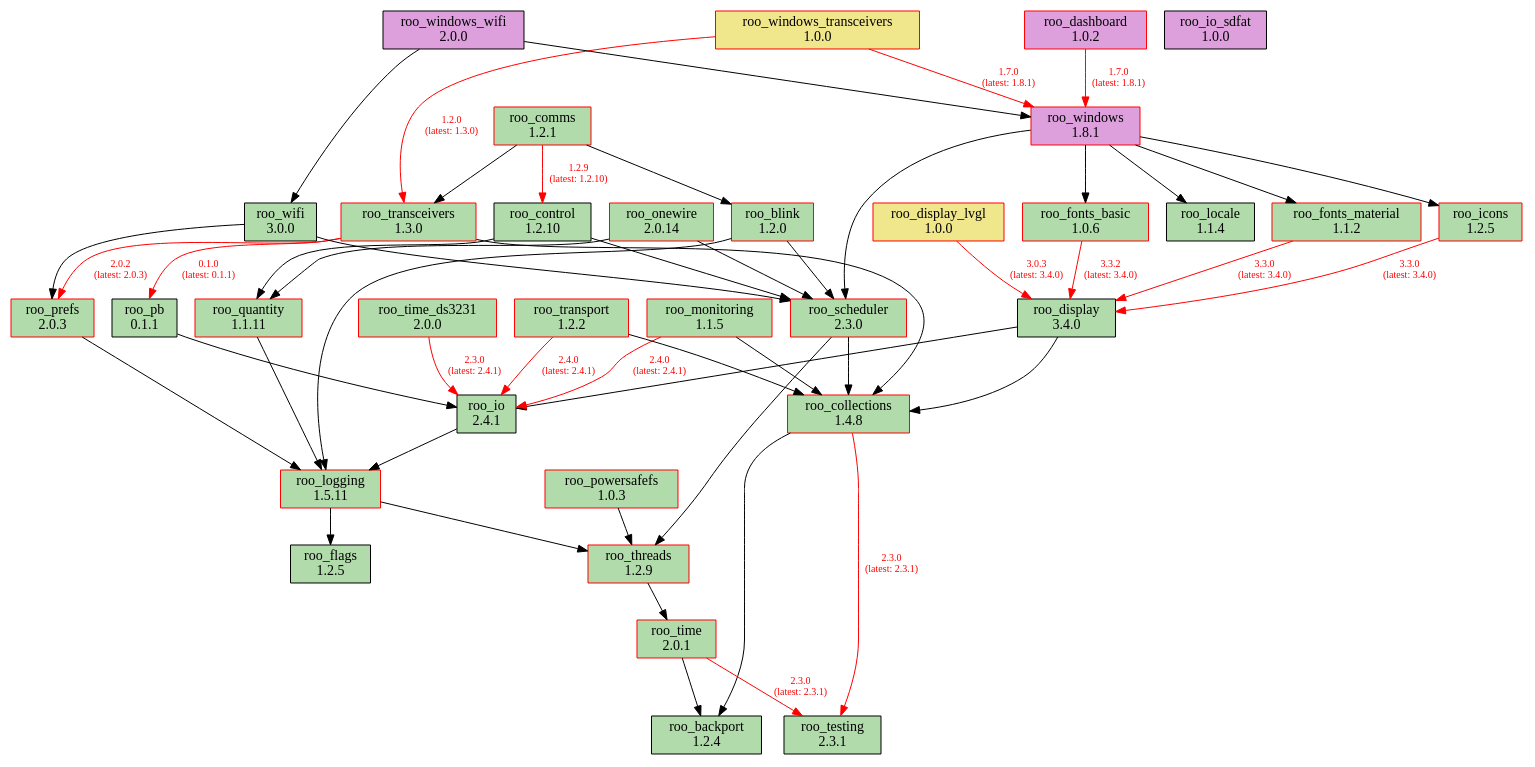
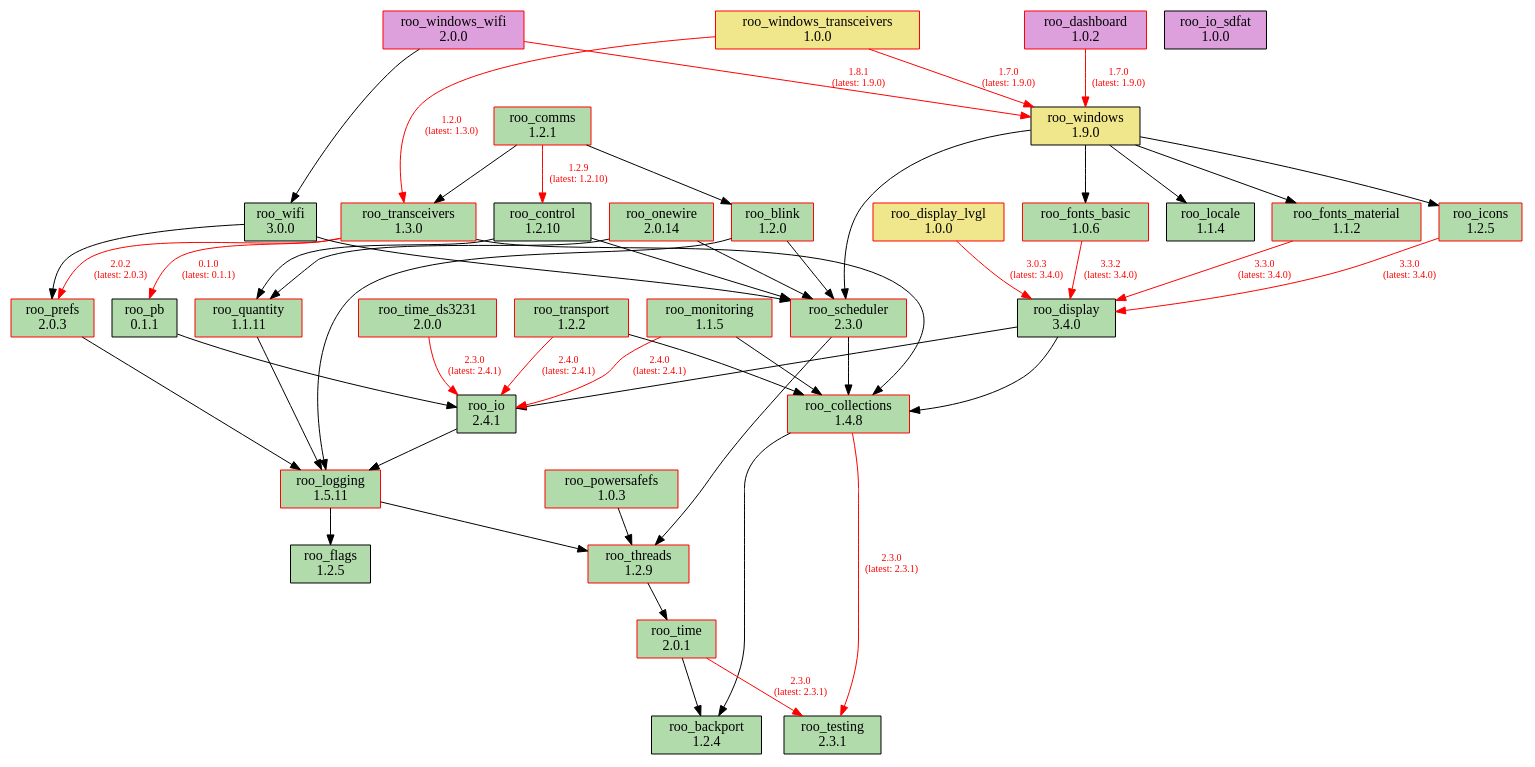
The diagram in doc/dependencies.dot (dejwk/roo-registry), drawn with Graphviz before and after one commit. The commit also changed 3 other files, not shown here.

Commit message:
Added roo_windows 1.9.0 to the registry.

```diff
--- a/doc/dependencies.dot
+++ b/doc/dependencies.dot
@@ -1,91 +1,91 @@
 digraph dependencies {
     rankdir=TB;
     node [shape=box, style=filled];
     edge [fontsize=10];
 
     // Modules
     "roo_backport" [label="roo_backport\n1.2.4", fillcolor="#b1dbab", color="black"];
     "roo_blink" [label="roo_blink\n1.2.0", fillcolor="#b1dbab", color="red"];
     "roo_collections" [label="roo_collections\n1.4.8", fillcolor="#b1dbab", color="red"];
     "roo_comms" [label="roo_comms\n1.2.1", fillcolor="#b1dbab", color="red"];
     "roo_control" [label="roo_control\n1.2.10", fillcolor="#b1dbab", color="black"];
     "roo_dashboard" [label="roo_dashboard\n1.0.2", fillcolor="plum", color="red"];
     "roo_display" [label="roo_display\n3.4.0", fillcolor="#b1dbab", color="black"];
     "roo_display_lvgl" [label="roo_display_lvgl\n1.0.0", fillcolor="khaki", color="red"];
     "roo_flags" [label="roo_flags\n1.2.5", fillcolor="#b1dbab", color="black"];
     "roo_fonts_basic" [label="roo_fonts_basic\n1.0.6", fillcolor="#b1dbab", color="red"];
     "roo_fonts_material" [label="roo_fonts_material\n1.1.2", fillcolor="#b1dbab", color="red"];
     "roo_icons" [label="roo_icons\n1.2.5", fillcolor="#b1dbab", color="red"];
     "roo_io" [label="roo_io\n2.4.1", fillcolor="#b1dbab", color="black"];
     "roo_io_sdfat" [label="roo_io_sdfat\n1.0.0", fillcolor="plum", color="black"];
     "roo_locale" [label="roo_locale\n1.1.4", fillcolor="#b1dbab", color="black"];
     "roo_logging" [label="roo_logging\n1.5.11", fillcolor="#b1dbab", color="red"];
     "roo_monitoring" [label="roo_monitoring\n1.1.5", fillcolor="#b1dbab", color="red"];
     "roo_onewire" [label="roo_onewire\n2.0.14", fillcolor="#b1dbab", color="red"];
     "roo_pb" [label="roo_pb\n0.1.1", fillcolor="#b1dbab", color="black"];
     "roo_powersafefs" [label="roo_powersafefs\n1.0.3", fillcolor="#b1dbab", color="red"];
     "roo_prefs" [label="roo_prefs\n2.0.3", fillcolor="#b1dbab", color="red"];
     "roo_quantity" [label="roo_quantity\n1.1.11", fillcolor="#b1dbab", color="red"];
     "roo_scheduler" [label="roo_scheduler\n2.3.0", fillcolor="#b1dbab", color="red"];
     "roo_testing" [label="roo_testing\n2.3.1", fillcolor="#b1dbab", color="black"];
     "roo_threads" [label="roo_threads\n1.2.9", fillcolor="#b1dbab", color="red"];
     "roo_time" [label="roo_time\n2.0.1", fillcolor="#b1dbab", color="red"];
     "roo_time_ds3231" [label="roo_time_ds3231\n2.0.0", fillcolor="#b1dbab", color="red"];
     "roo_transceivers" [label="roo_transceivers\n1.3.0", fillcolor="#b1dbab", color="red"];
     "roo_transport" [label="roo_transport\n1.2.2", fillcolor="#b1dbab", color="red"];
     "roo_wifi" [label="roo_wifi\n3.0.0", fillcolor="#b1dbab", color="black"];
-    "roo_windows" [label="roo_windows\n1.8.1", fillcolor="plum", color="red"];
+    "roo_windows" [label="roo_windows\n1.9.0", fillcolor="khaki", color="black"];
     "roo_windows_transceivers" [label="roo_windows_transceivers\n1.0.0", fillcolor="khaki", color="red"];
-    "roo_windows_wifi" [label="roo_windows_wifi\n2.0.0", fillcolor="plum", color="black"];
+    "roo_windows_wifi" [label="roo_windows_wifi\n2.0.0", fillcolor="plum", color="red"];
 
     // Dependencies
     "roo_blink" -> "roo_logging";
     "roo_blink" -> "roo_scheduler";
     "roo_collections" -> "roo_testing" [color=red, fontcolor=red, label="2.3.0\n(latest: 2.3.1)"];
     "roo_collections" -> "roo_backport";
     "roo_comms" -> "roo_blink";
     "roo_comms" -> "roo_control" [color=red, fontcolor=red, label="1.2.9\n(latest: 1.2.10)"];
     "roo_comms" -> "roo_transceivers";
     "roo_control" -> "roo_quantity";
     "roo_control" -> "roo_scheduler";
-    "roo_dashboard" -> "roo_windows" [color=red, fontcolor=red, label="1.7.0\n(latest: 1.8.1)"];
+    "roo_dashboard" -> "roo_windows" [color=red, fontcolor=red, label="1.7.0\n(latest: 1.9.0)"];
     "roo_display" -> "roo_collections";
     "roo_display" -> "roo_io";
     "roo_display_lvgl" -> "roo_display" [color=red, fontcolor=red, label="3.0.3\n(latest: 3.4.0)"];
     "roo_fonts_basic" -> "roo_display" [color=red, fontcolor=red, label="3.3.2\n(latest: 3.4.0)"];
     "roo_fonts_material" -> "roo_display" [color=red, fontcolor=red, label="3.3.0\n(latest: 3.4.0)"];
     "roo_icons" -> "roo_display" [color=red, fontcolor=red, label="3.3.0\n(latest: 3.4.0)"];
     "roo_io" -> "roo_logging";
     "roo_logging" -> "roo_flags";
     "roo_logging" -> "roo_threads";
     "roo_monitoring" -> "roo_collections";
     "roo_monitoring" -> "roo_io" [color=red, fontcolor=red, label="2.4.0\n(latest: 2.4.1)"];
     "roo_onewire" -> "roo_scheduler";
     "roo_onewire" -> "roo_quantity";
     "roo_pb" -> "roo_io";
     "roo_powersafefs" -> "roo_threads";
     "roo_prefs" -> "roo_logging";
     "roo_quantity" -> "roo_logging";
     "roo_scheduler" -> "roo_collections";
     "roo_scheduler" -> "roo_threads";
     "roo_threads" -> "roo_time";
     "roo_time" -> "roo_testing" [color=red, fontcolor=red, label="2.3.0\n(latest: 2.3.1)"];
     "roo_time" -> "roo_backport";
     "roo_time_ds3231" -> "roo_io" [color=red, fontcolor=red, label="2.3.0\n(latest: 2.4.1)"];
     "roo_transceivers" -> "roo_pb" [color=red, fontcolor=red, label="0.1.0\n(latest: 0.1.1)"];
     "roo_transceivers" -> "roo_collections";
     "roo_transceivers" -> "roo_prefs" [color=red, fontcolor=red, label="2.0.2\n(latest: 2.0.3)"];
     "roo_transport" -> "roo_collections";
     "roo_transport" -> "roo_io" [color=red, fontcolor=red, label="2.4.0\n(latest: 2.4.1)"];
     "roo_wifi" -> "roo_prefs";
     "roo_wifi" -> "roo_scheduler";
     "roo_windows" -> "roo_fonts_basic";
     "roo_windows" -> "roo_fonts_material";
     "roo_windows" -> "roo_locale";
     "roo_windows" -> "roo_icons";
     "roo_windows" -> "roo_scheduler";
     "roo_windows_transceivers" -> "roo_transceivers" [color=red, fontcolor=red, label="1.2.0\n(latest: 1.3.0)"];
-    "roo_windows_transceivers" -> "roo_windows" [color=red, fontcolor=red, label="1.7.0\n(latest: 1.8.1)"];
+    "roo_windows_transceivers" -> "roo_windows" [color=red, fontcolor=red, label="1.7.0\n(latest: 1.9.0)"];
     "roo_windows_wifi" -> "roo_wifi";
-    "roo_windows_wifi" -> "roo_windows";
+    "roo_windows_wifi" -> "roo_windows" [color=red, fontcolor=red, label="1.8.1\n(latest: 1.9.0)"];
 }
```
